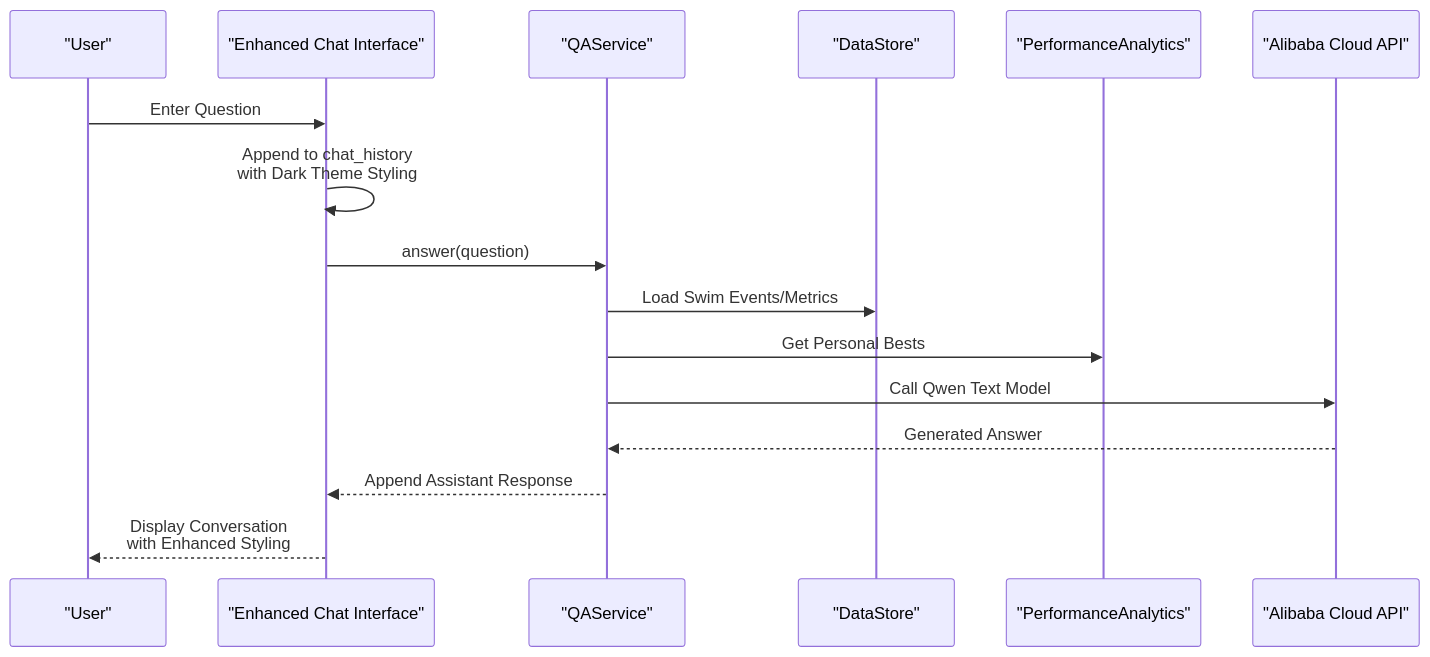
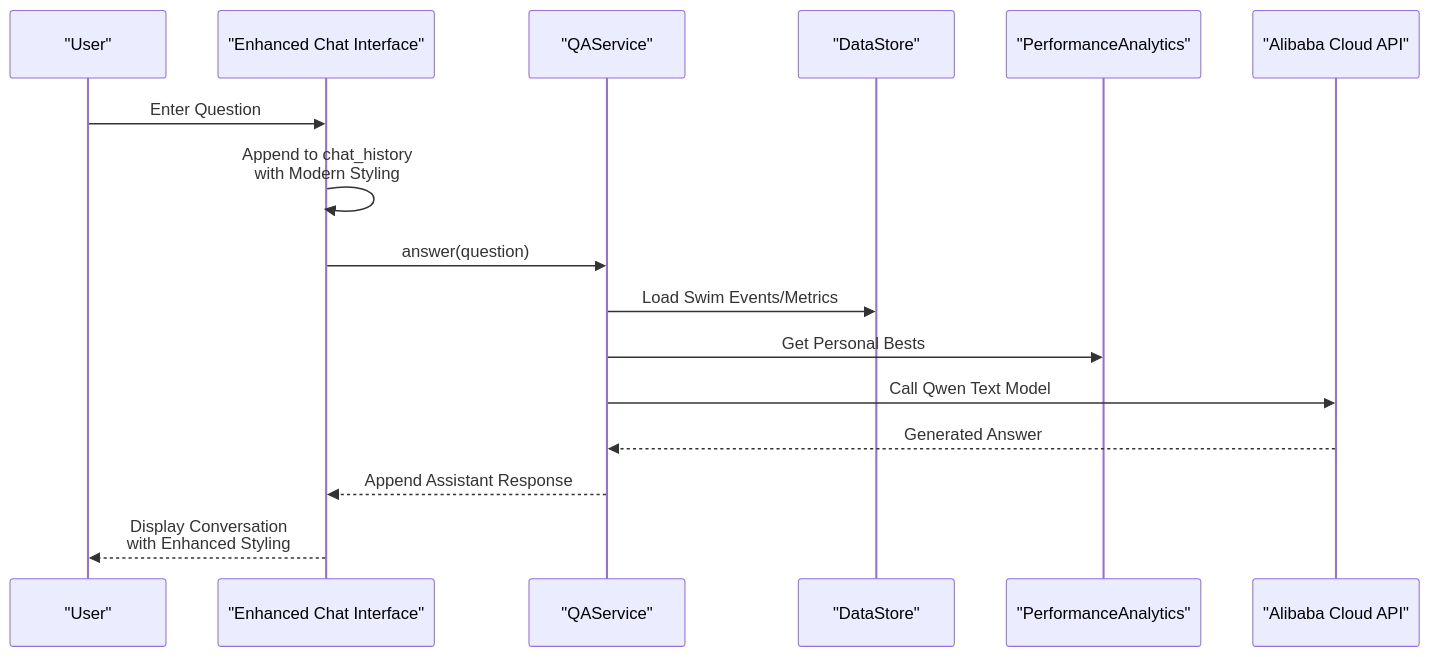
Diagram 13 of 14 in .qoder/repowiki/en/content/Core Components/Application Controller.md (Johnny22056/SwimingStatus), drawn with Mermaid before and after one commit. The commit also changed other lines of this file and 5 other files, not shown here.

First line of the commit message:
feat: add Dark/Light theme toggle with centralized palette

````diff
--- a/.qoder/repowiki/en/content/Core Components/Application Controller.md
+++ b/.qoder/repowiki/en/content/Core Components/Application Controller.md
@@ -395,18 +461,18 @@
 ```mermaid
 sequenceDiagram
 participant User as "User"
 participant Chat as "Enhanced Chat Interface"
 participant QA as "QAService"
 participant DS as "DataStore"
 participant PA as "PerformanceAnalytics"
 participant API as "Alibaba Cloud API"
 User->>Chat : Enter Question
-Chat->>Chat : Append to chat_history<br/>with Dark Theme Styling
+Chat->>Chat : Append to chat_history<br/>with Modern Styling
 Chat->>QA : answer(question)
 QA->>DS : Load Swim Events/Metrics
 QA->>PA : Get Personal Bests
 QA->>API : Call Qwen Text Model
 API-->>QA : Generated Answer
 QA-->>Chat : Append Assistant Response
 Chat-->>User : Display Conversation<br/>with Enhanced Styling
 ```
````
